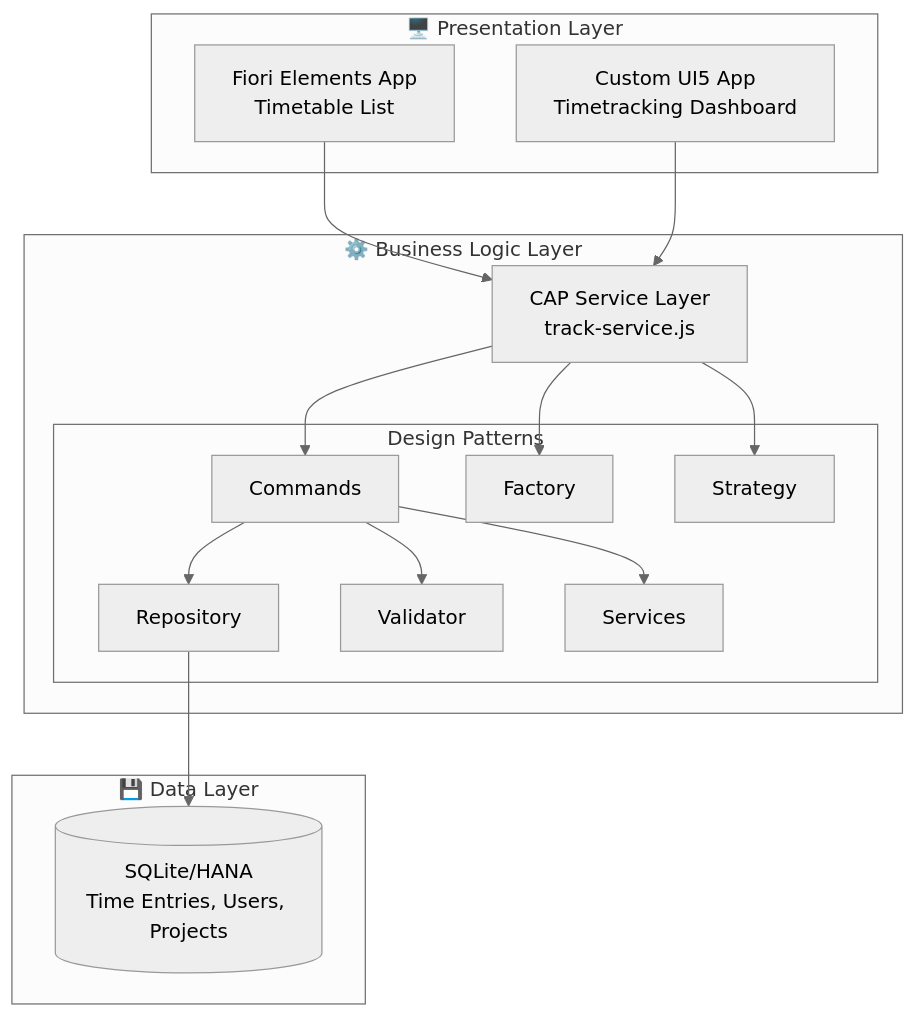
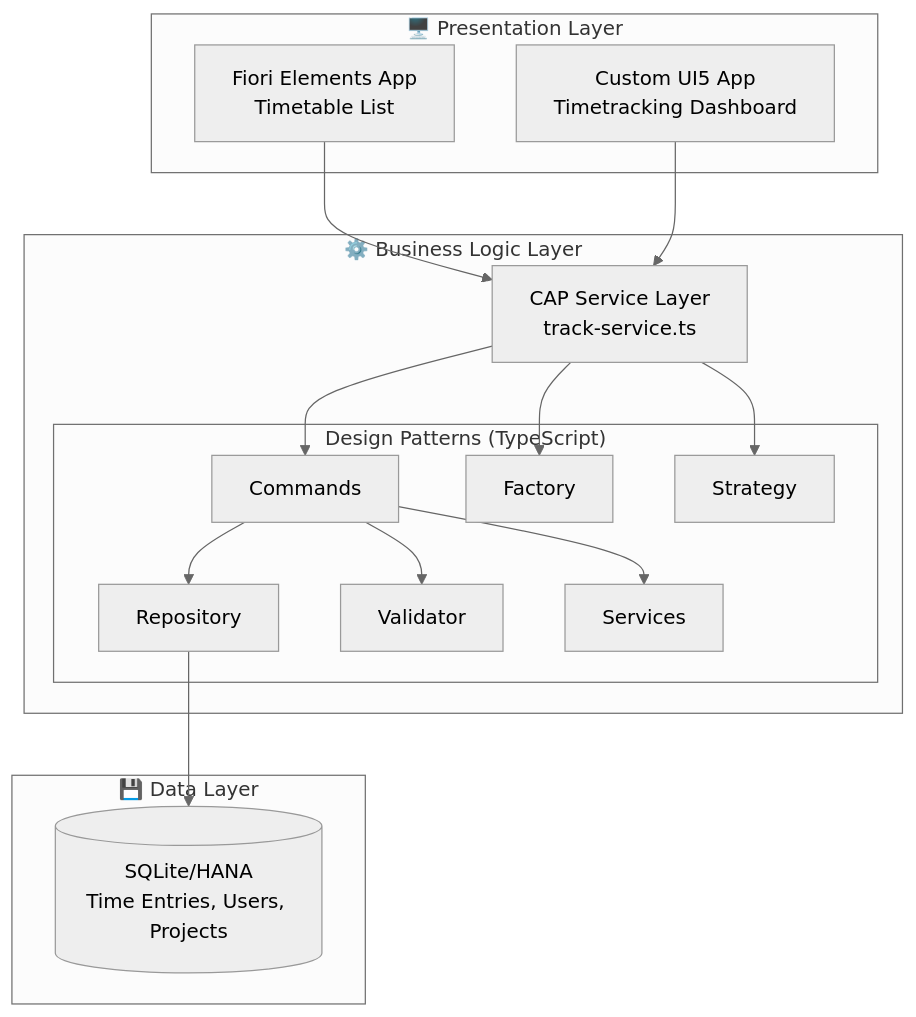
One commit to nimble-123/cap-fiori-timetracking changed the first of 3 diagrams in README.md. Above: the diagram before and after it, drawn with Mermaid (neutral theme). The commit also changed other lines of this file, not shown here.

Commit message:
feat: aktualisiere README.md für TypeScript-Integration und verbessere die Dokumentation

````diff
--- a/README.md
+++ b/README.md
@@ -9,34 +9,34 @@
 ```mermaid
 graph TB
     subgraph "🖥️ Presentation Layer"
         UI1[Fiori Elements App<br/>Timetable List]
         UI2[Custom UI5 App<br/>Timetracking Dashboard]
     end
 
     subgraph "⚙️ Business Logic Layer"
-        SRV[CAP Service Layer<br/>track-service.js]
+        SRV[CAP Service Layer<br/>track-service.ts]
 
-        subgraph "Design Patterns"
+        subgraph "Design Patterns (TypeScript)"
             CMD[Commands]
             FAC[Factory]
             STR[Strategy]
             REP[Repository]
             VAL[Validator]
             SVC[Services]
         end
     end
 
     subgraph "💾 Data Layer"
         DB[(SQLite/HANA<br/>Time Entries, Users, Projects)]
     end
 
     UI1 --> SRV
     UI2 --> SRV
     SRV --> CMD
     SRV --> FAC
     SRV --> STR
     CMD --> REP
     CMD --> VAL
     CMD --> SVC
     REP --> DB
 ```
````
